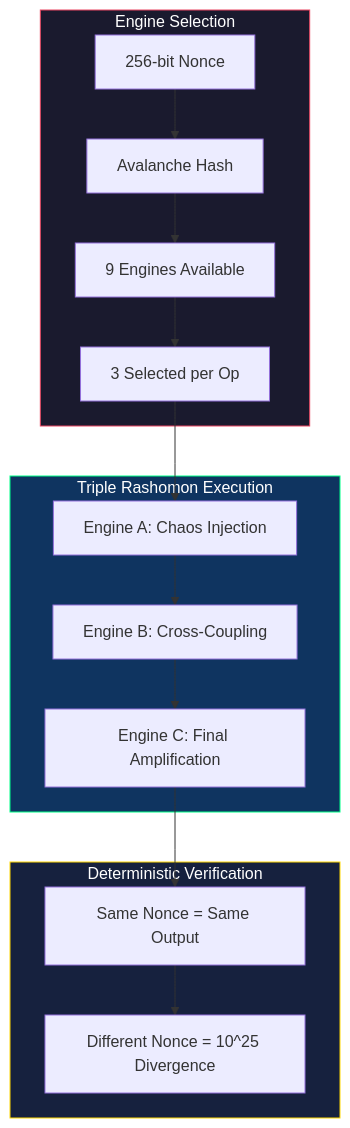
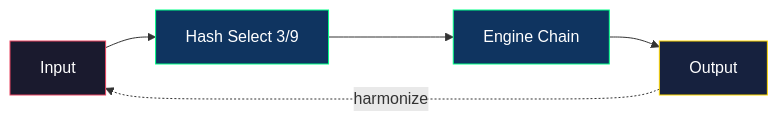
Before and after one commit to primordialomegazero/BeyondYourComprehensionFHE: the diagram in README.md, drawn with Mermaid. The commit also changed other lines of this file, not shown here.

First line of the commit message:
docs: Professional format — tables like FEmmg, compact Mermaid

````diff
--- a/README.md
+++ b/README.md
@@ -212,23 +192,11 @@
 ```mermaid
-graph TD
-    subgraph Selection["Engine Selection"]
-        A[256-bit Nonce] --> B[Avalanche Hash]
-        B --> C[9 Engines Available]
-        C --> D[3 Selected per Op]
-    end
-
-    subgraph Execution["Triple Rashomon Execution"]
-        D --> E[Engine A: Chaos Injection]
-        E --> F[Engine B: Cross-Coupling]
-        F --> G[Engine C: Final Amplification]
-    end
-
-    subgraph Verification["Deterministic Verification"]
-        G --> H[Same Nonce = Same Output]
-        H --> I[Different Nonce = 10^25 Divergence]
-    end
-
-    style Selection fill:#1a1a2e,stroke:#e94560,color:#fff
-    style Execution fill:#0f3460,stroke:#00ff88,color:#fff
-    style Verification fill:#16213e,stroke:#ffd700,color:#fff
+graph LR
+    A[Input] --> B[Hash Select 3/9]
+    B --> C[Engine Chain]
+    C --> D[Output]
+    D -.->|harmonize| A
+    style A fill:#1a1a2e,stroke:#e94560,color:#fff
+    style B fill:#0f3460,stroke:#00ff88,color:#fff
+    style C fill:#0f3460,stroke:#00ff88,color:#fff
+    style D fill:#16213e,stroke:#ffd700,color:#fff
 ```
````
